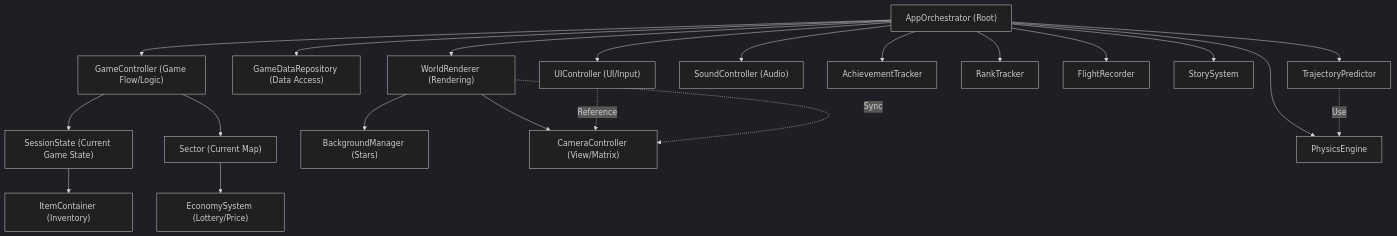
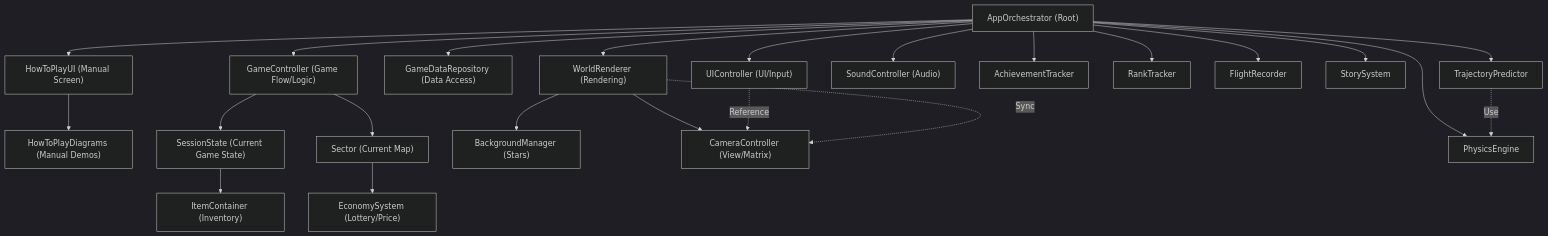
Before and after one commit to T-I-Oak/GravityFreight: the diagram in docs/specs/systems/class_roles.md, drawn with Mermaid (dark theme). The commit also changed other lines of this file and 3 other files, not shown here.

Commit message:
docs: connect how to play responsibilities

````diff
--- a/docs/specs/systems/class_roles.md
+++ b/docs/specs/systems/class_roles.md
@@ -14,35 +14,37 @@
 ```mermaid
 graph TD
     %% Root Layer
     Orchestrator["AppOrchestrator (Root)"]
 
     %% Control Layer
     Orchestrator --> UI["UIController (UI/Input)"]
+    Orchestrator --> HTP["HowToPlayUI (Manual Screen)"]
+    HTP --> HTD["HowToPlayDiagrams (Manual Demos)"]
     Orchestrator --> GDR["GameDataRepository (Data Access)"]
 
     %% Logic & System Layer
     Orchestrator --> GC["GameController (Game Flow/Logic)"]
     GC --> SS["SessionState (Current Game State)"]
     SS --> IC["ItemContainer (Inventory)"]
     GC --> SEC["Sector (Current Map)"]
     SEC --> ES["EconomySystem (Lottery/Price)"]
 
     %% System Layer (Infrastructure)
     Orchestrator --> WR["WorldRenderer (Rendering)"]
     WR --> BM["BackgroundManager (Stars)"]
     WR --> CC["CameraController (View/Matrix)"]
     Orchestrator --> SC["SoundController (Audio)"]
 
     %% Global Services
     Orchestrator --> AT["AchievementTracker"]
     Orchestrator --> RT["RankTracker"]
     Orchestrator --> FR["FlightRecorder"]
     Orchestrator --> Story["StorySystem"]
     Orchestrator --> PE["PhysicsEngine"]
     Orchestrator --> TP["TrajectoryPredictor"]
 
     %% Key Cross-domain relations (Dashed lines)
     TP -.->|Use| PE
     UI -.->|Reference| CC
     WR -.->|Sync| CC
 ```
````
